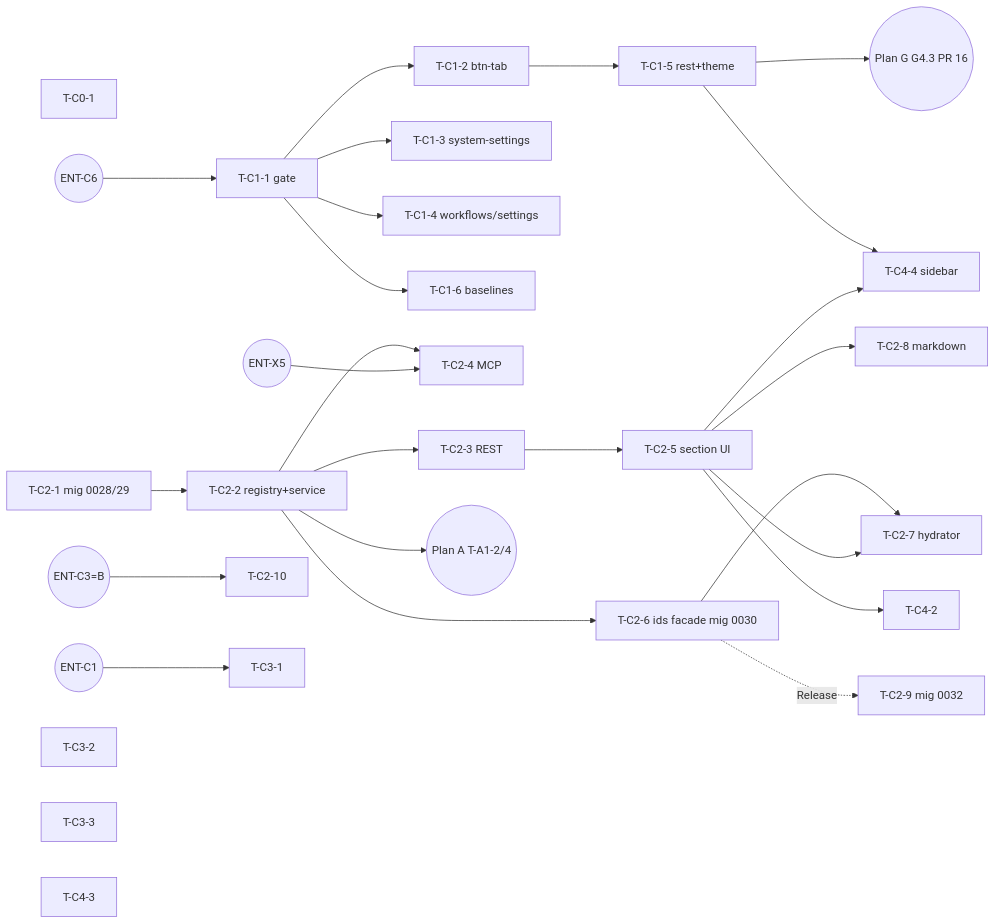
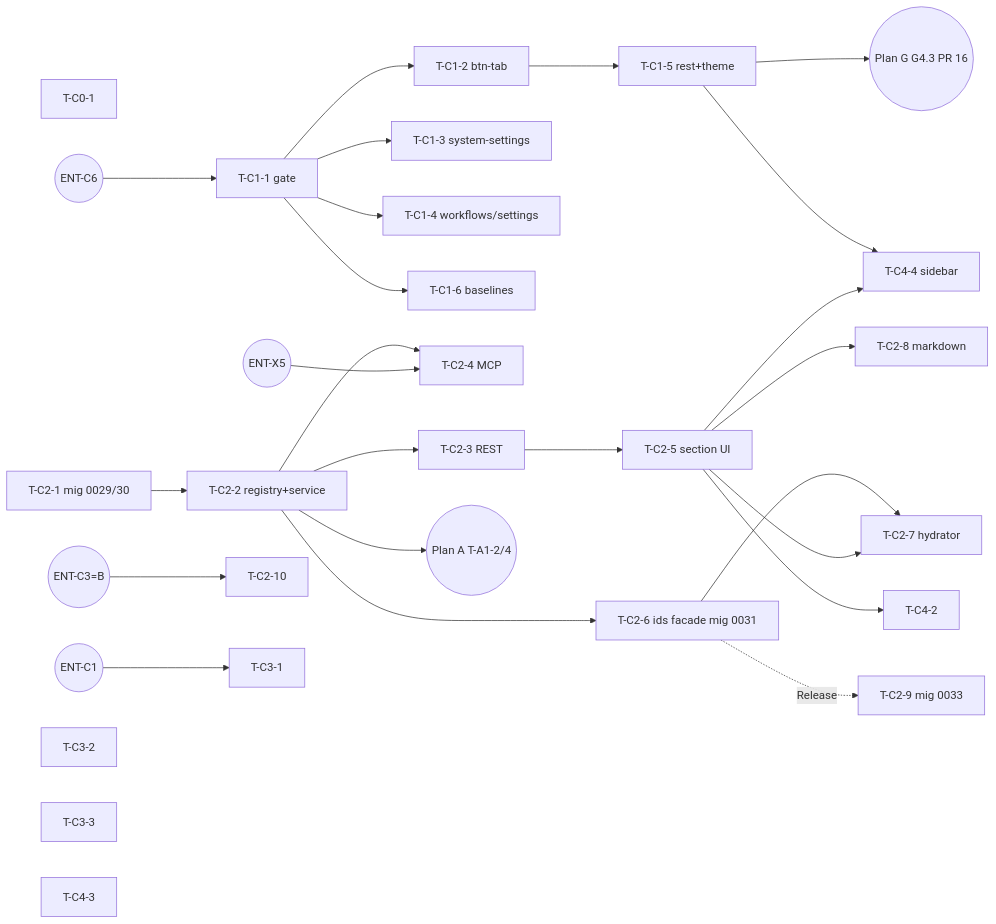
Before and after one commit to Popoboxxo/ReqogniLoom: the diagram in docs/plans/2026-10-21-plan-c-ui-ux.md, drawn with Mermaid. The commit also changed other lines of this file and 6 other files, not shown here.

````diff
--- a/docs/plans/2026-10-21-plan-c-ui-ux.md
+++ b/docs/plans/2026-10-21-plan-c-ui-ux.md
@@ -549,27 +549,27 @@
 ```mermaid
 graph LR
   C01[T-C0-1]
   C11[T-C1-1 gate] --> C12[T-C1-2 btn-tab] --> C15[T-C1-5 rest+theme]
   C11 --> C13[T-C1-3 system-settings]
   C11 --> C14[T-C1-4 workflows/settings]
   C11 --> C16[T-C1-6 baselines]
   EC6((ENT-C6)) --> C11
   EX5((ENT-X5)) --> C24
-  C21[T-C2-1 mig 0028/29] --> C22[T-C2-2 registry+service]
+  C21[T-C2-1 mig 0029/30] --> C22[T-C2-2 registry+service]
   C22 --> C23[T-C2-3 REST] --> C25[T-C2-5 section UI]
   C22 --> C24[T-C2-4 MCP]
-  C22 --> C26[T-C2-6 ids facade mig 0030] -.Release.-> C29[T-C2-9 mig 0032]
+  C22 --> C26[T-C2-6 ids facade mig 0031] -.Release.-> C29[T-C2-9 mig 0033]
   C25 --> C27[T-C2-7 hydrator]
   C26 --> C27
   C25 --> C28[T-C2-8 markdown]
   C25 --> C44[T-C4-4 sidebar]
   C15 --> C44
   C25 --> C42[T-C4-2]
   EC3((ENT-C3=B)) --> C210[T-C2-10]
   EC1((ENT-C1)) --> C31[T-C3-1]
   C32[T-C3-2]
   C33[T-C3-3]
   C43[T-C4-3]
   C22 --> A1((Plan A T-A1-2/4))
   C15 --> G43((Plan G G4.3 PR 16))
 ```
````
